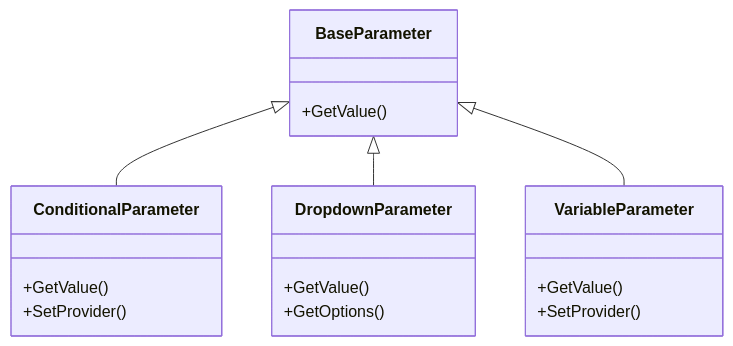
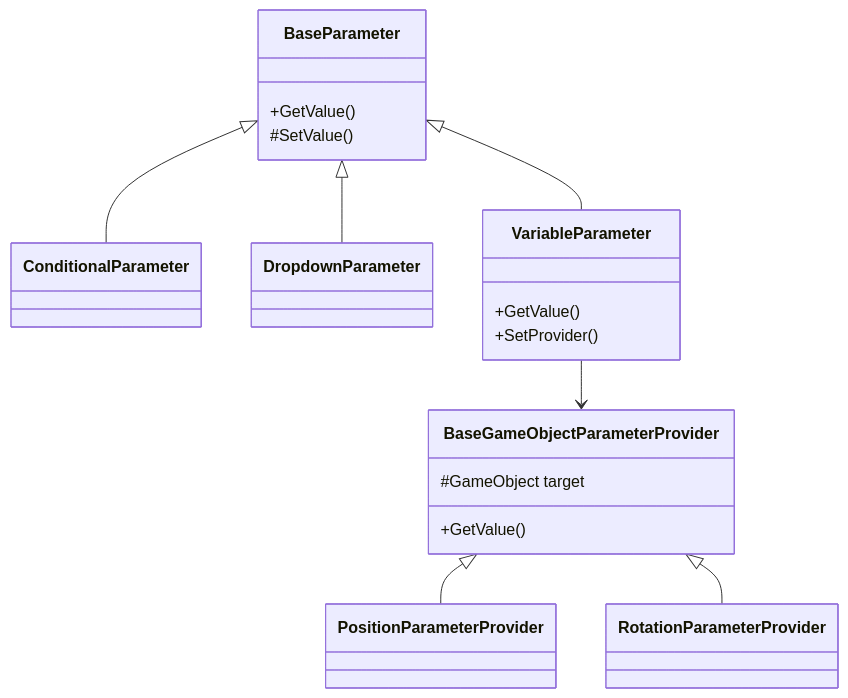
The diagram in Assets/Scripts/domain/parameter/README.md (germsteel/UnityScratch), drawn with Mermaid before and after one commit. The commit also changed other lines of this file and 10 other files, not shown here.

````diff
--- a/Assets/Scripts/domain/parameter/README.md
+++ b/Assets/Scripts/domain/parameter/README.md
@@ -18,25 +38,25 @@
 ```mermaid
 classDiagram
     BaseParameter <|-- ConditionalParameter
     BaseParameter <|-- DropdownParameter
     BaseParameter <|-- VariableParameter
+    
+    VariableParameter --> BaseGameObjectParameterProvider
+    BaseGameObjectParameterProvider <|-- PositionParameterProvider
+    BaseGameObjectParameterProvider <|-- RotationParameterProvider
 
     class BaseParameter {
         +GetValue()
-    }
-
-    class ConditionalParameter {
-        +GetValue()
-        +SetProvider()
-    }
-
-    class DropdownParameter {
-        +GetValue()
-        +GetOptions()
+        #SetValue()
     }
 
     class VariableParameter {
         +GetValue()
         +SetProvider()
     }
+
+    class BaseGameObjectParameterProvider {
+        #GameObject target
+        +GetValue()
+    }
 ```
````
